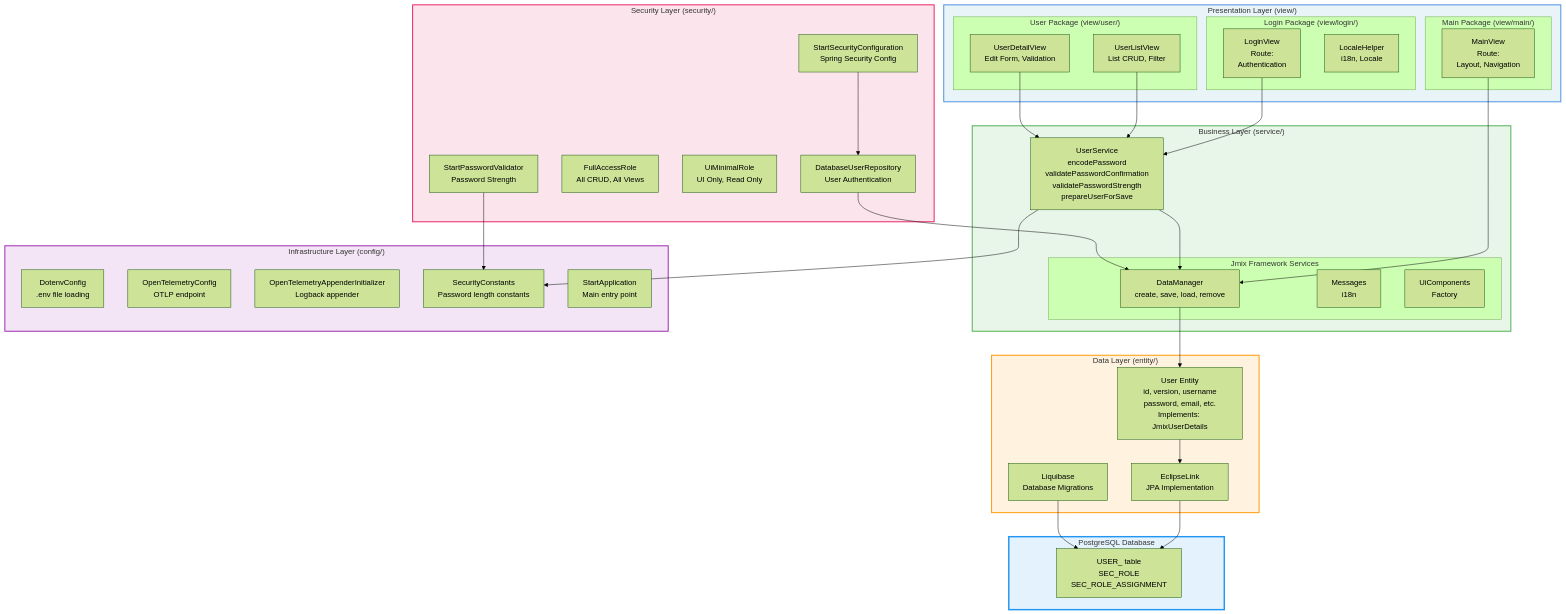
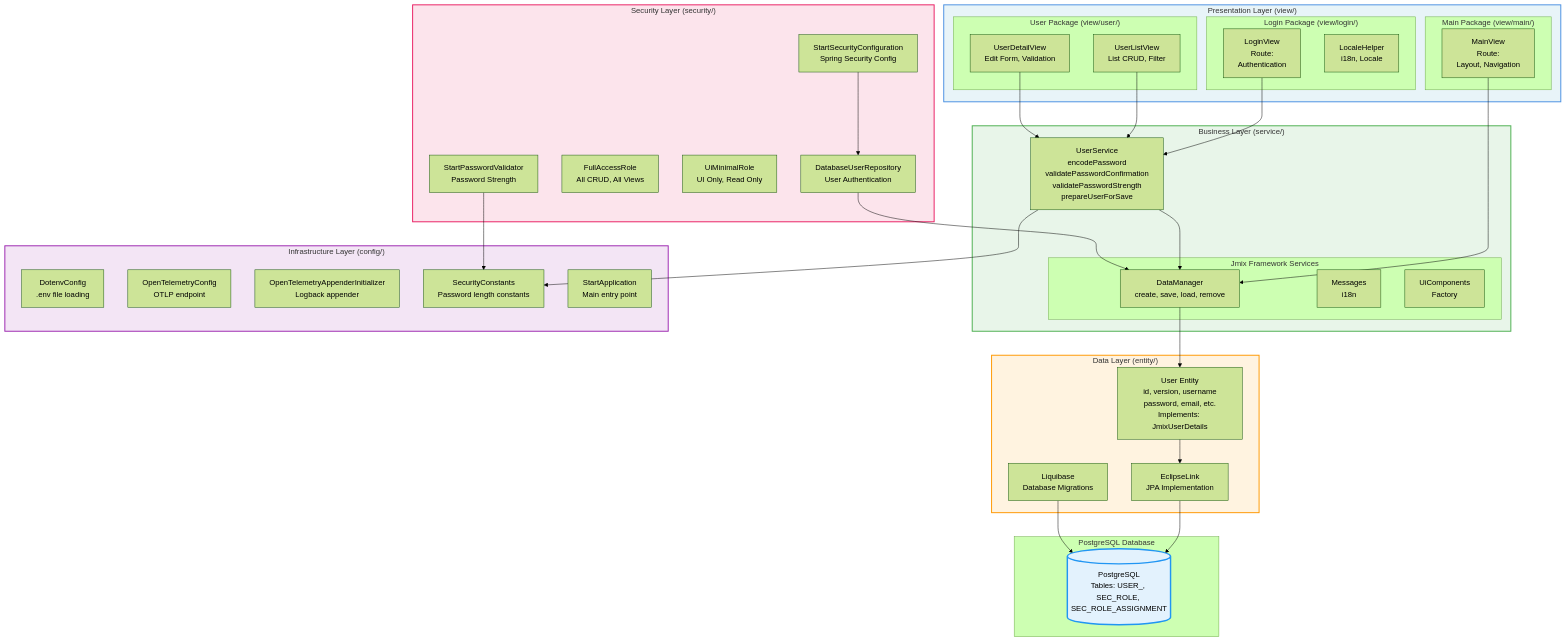
The third of 11 diagrams in docs/architecture/ARCHITECTURE.md (sovavibe/start), drawn with Mermaid (forest theme) before and after one commit.

Commit message:
docs(architecture): update database diagram for clarity
- Renamed subgraph from "DB" to "Database" for better context.
- Consolidated PostgreSQL table representation into a single node for improved readability.
- Updated connections to reflect the new database node structure.

````diff
--- a/docs/architecture/ARCHITECTURE.md
+++ b/docs/architecture/ARCHITECTURE.md
@@ -110,78 +110,78 @@
 ```mermaid
 graph TB
     subgraph Presentation["Presentation Layer (view/)"]
         subgraph LoginPkg["Login Package (view/login/)"]
             LoginView[LoginView<br/>Route: ""<br/>Authentication]
             LocaleHelper[LocaleHelper<br/>i18n, Locale]
         end
         
         subgraph MainPkg["Main Package (view/main/)"]
             MainView[MainView<br/>Route: ""<br/>Layout, Navigation]
         end
         
         subgraph UserPkg["User Package (view/user/)"]
             UserListView[UserListView<br/>List CRUD, Filter]
             UserDetailView[UserDetailView<br/>Edit Form, Validation]
         end
     end
     
     subgraph Business["Business Layer (service/)"]
         UserService[UserService<br/>encodePassword<br/>validatePasswordConfirmation<br/>validatePasswordStrength<br/>prepareUserForSave]
         
         subgraph JmixServices["Jmix Framework Services"]
             DataManager[DataManager<br/>create, save, load, remove]
             Messages[Messages<br/>i18n]
             UiComponents[UiComponents<br/>Factory]
         end
     end
     
     subgraph Data["Data Layer (entity/)"]
         UserEntity[User Entity<br/>id, version, username<br/>password, email, etc.<br/>Implements: JmixUserDetails]
         EclipseLink[EclipseLink<br/>JPA Implementation]
         Liquibase[Liquibase<br/>Database Migrations]
     end
     
     subgraph Security["Security Layer (security/)"]
         SecurityConfig[StartSecurityConfiguration<br/>Spring Security Config]
         UserRepo[DatabaseUserRepository<br/>User Authentication]
         FullRole[FullAccessRole<br/>All CRUD, All Views]
         UiRole[UiMinimalRole<br/>UI Only, Read Only]
         PasswordValidator[StartPasswordValidator<br/>Password Strength]
     end
     
     subgraph Infra["Infrastructure Layer (config/)"]
         DotenvConfig[DotenvConfig<br/>.env file loading]
         OTelConfig[OpenTelemetryConfig<br/>OTLP endpoint]
         OTelAppender[OpenTelemetryAppenderInitializer<br/>Logback appender]
         SecurityConstants[SecurityConstants<br/>Password length constants]
         StartApp[StartApplication<br/>Main entry point]
     end
     
-    subgraph DB["PostgreSQL Database"]
-        UserTable[USER_ table<br/>SEC_ROLE<br/>SEC_ROLE_ASSIGNMENT]
+    subgraph Database["PostgreSQL Database"]
+        DB[(PostgreSQL<br/>Tables: USER_, SEC_ROLE, SEC_ROLE_ASSIGNMENT)]
     end
     
     LoginView --> UserService
     MainView --> DataManager
     UserListView --> UserService
     UserDetailView --> UserService
     
     UserService --> DataManager
     UserService --> SecurityConstants
     
     DataManager --> UserEntity
     UserEntity --> EclipseLink
-    EclipseLink --> UserTable
-    Liquibase --> UserTable
+    EclipseLink --> DB
+    Liquibase --> DB
     
     UserRepo --> DataManager
     SecurityConfig --> UserRepo
     PasswordValidator --> SecurityConstants
     
     style Presentation fill:#e8f4f8,stroke:#4a90e2,stroke-width:2px
     style Business fill:#e8f5e9,stroke:#4caf50,stroke-width:2px
     style Data fill:#fff3e0,stroke:#ff9800,stroke-width:2px
     style Security fill:#fce4ec,stroke:#e91e63,stroke-width:2px
     style Infra fill:#f3e5f5,stroke:#9c27b0,stroke-width:2px
     style DB fill:#e3f2fd,stroke:#2196f3,stroke-width:3px
 ```
````
